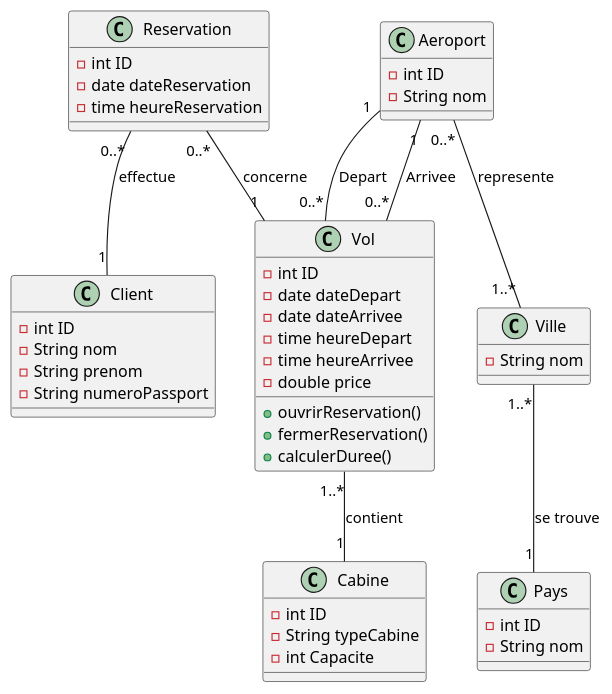
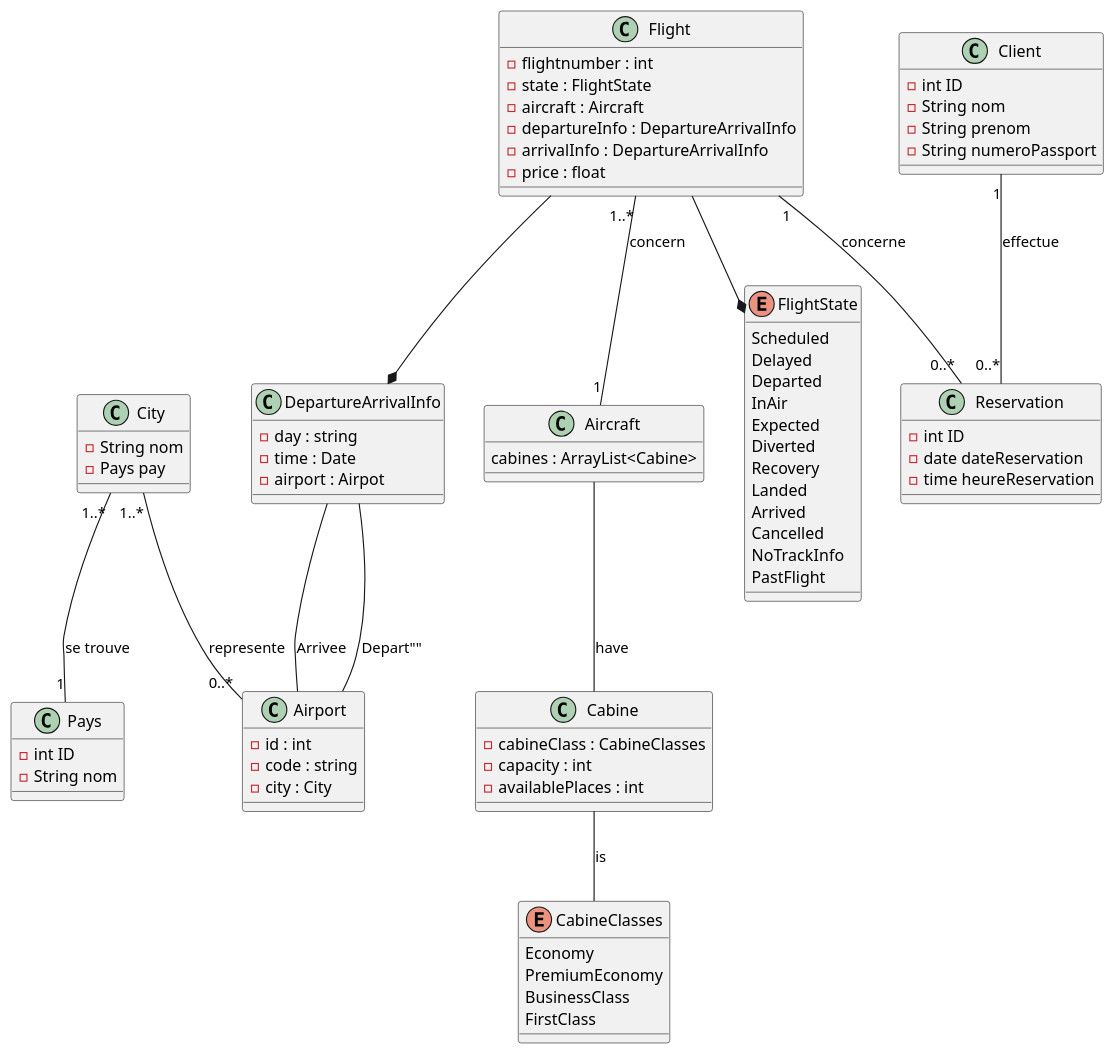
Before and after one commit to HamzaBht/Project_JAVA_EE: the diagram in Resources/Class.plantuml, drawn with PlantUML.

Commit message:
update class diagram

```diff
--- a/Resources/Class.plantuml
+++ b/Resources/Class.plantuml
@@ -1,52 +1,79 @@
 @startuml Vols
-class Vol{
-    -int ID
-    -date dateDepart
-    -date dateArrivee
-    -time heureDepart
-    -time heureArrivee
-    -double price
-    +ouvrirReservation()
-    +fermerReservation()
-    +calculerDuree()
+class Flight{
+    - flightnumber : int 
+    - state : FlightState
+    - aircraft : Aircraft
+    - departureInfo : DepartureArrivalInfo
+    - arrivalInfo : DepartureArrivalInfo
+    - price : float
+}
+class DepartureArrivalInfo{
+    - day : string
+    - time : Date
+    - airport : Airpot
+}
+enum FlightState{
+    Scheduled
+    Delayed
+    Departed
+    InAir
+    Expected
+    Diverted
+    Recovery
+    Landed
+    Arrived
+    Cancelled
+    NoTrackInfo
+    PastFlight
 }
 class Reservation{
     -int ID
     -date dateReservation
     -time heureReservation
 }
 class Client{
     -int ID
     -String nom
     -String prenom
     -String numeroPassport
 }
-class Aeroport{
-    -int ID
+class Airport{
+    - id : int
+    - code : string
+    - city : City
+}
+class City{
     -String nom
-}
-class Ville{
-    -String nom
+    -Pays pay
 }
 class Cabine{
-    -int ID
-    -String typeCabine
-    -int Capacite
+    - cabineClass : CabineClasses
+    - capacity : int
+    - availablePlaces : int
+}
+enum CabineClasses{
+    Economy
+    PremiumEconomy
+    BusinessClass
+    FirstClass
+}
+class Aircraft{
+    cabines : ArrayList<Cabine>
 }
 class Pays{
     -int ID
     -String nom
 }
 
-Reservation "0..*" --  "1" Vol :concerne 
-Reservation "0..*" --  "1" Client :effectue 
-Vol "1..*" -- "1" Cabine :contient
-Aeroport "0..*" -- "1..*" Ville :represente
-Aeroport "1" -- "0..*" Vol : Depart
-Aeroport "1" -- "0..*" Vol : Arrivee
-Ville "1..*" -- "1" Pays :se trouve
-
-
-
-
+Flight "1" -- "0..*" Reservation :concerne 
+Client "1" -- "0..*" Reservation :effectue 
+Flight "1..*" -- "1" Aircraft :concern
+City "1..*" -- "0..*" Airport :represente
+City "1..*" -- "1" Pays :se trouve
+Flight --* DepartureArrivalInfo
+Flight --* FlightState
+DepartureArrivalInfo -- Airport : Depart""
+Airport -- DepartureArrivalInfo : "Arrivee"
+Aircraft -- Cabine : "have"
+Cabine -- CabineClasses : "is"
 @enduml
```
